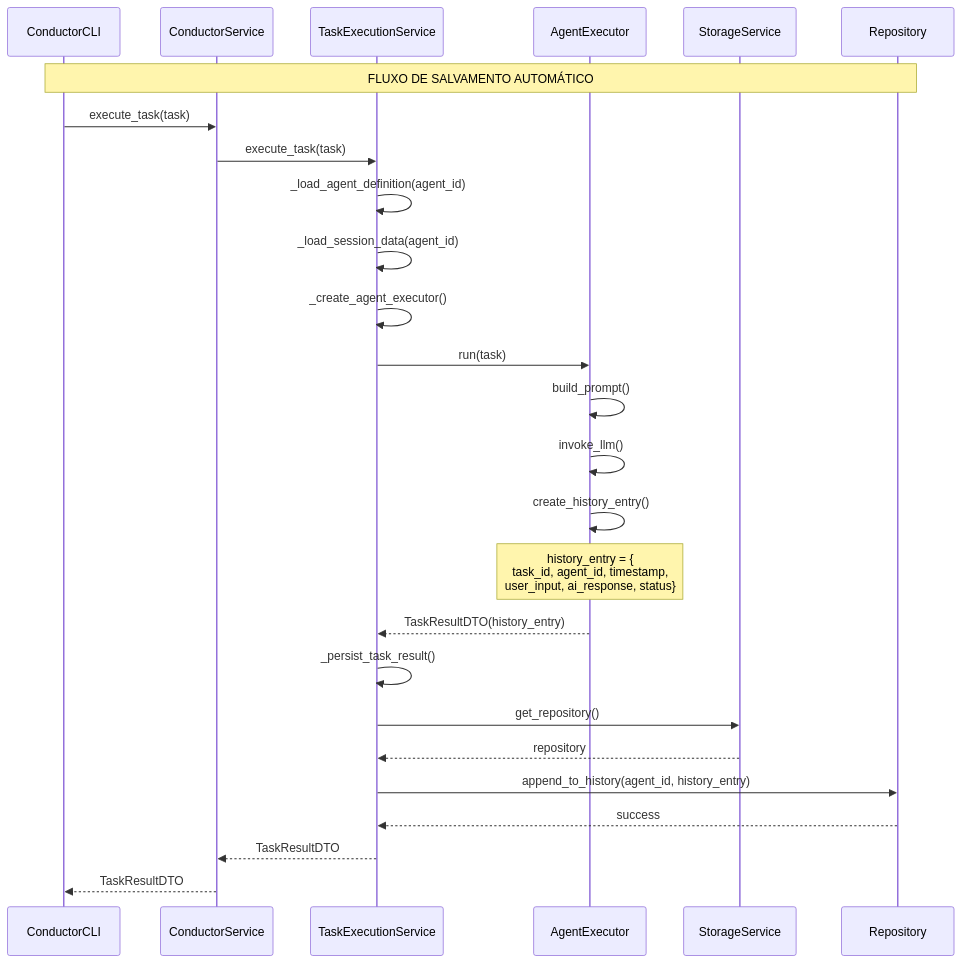
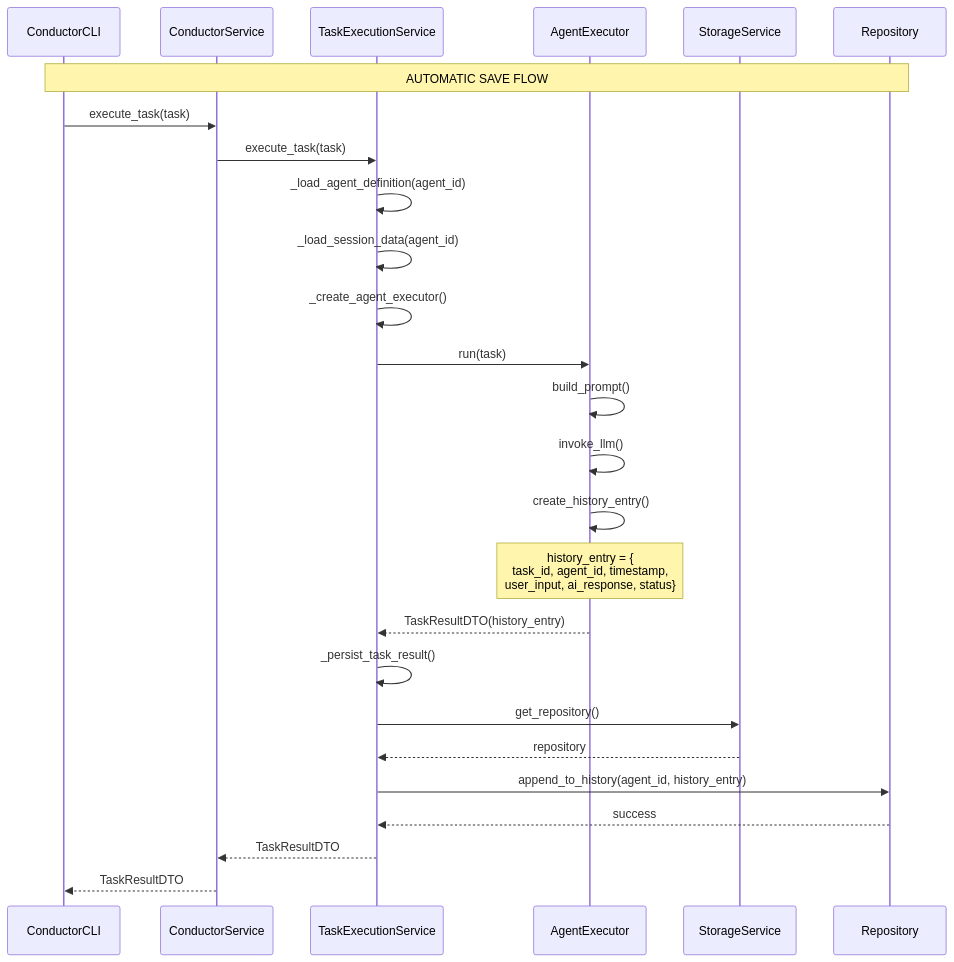
Before and after one commit to primoia/conductor: the first of 3 diagrams in docs/architecture/sequence-diagrams/history-management.md, drawn with Mermaid. The commit also changed other lines of this file and 44 other files, not shown here.

````diff
--- a/docs/architecture/sequence-diagrams/history-management.md
+++ b/docs/architecture/sequence-diagrams/history-management.md
@@ -9,36 +9,36 @@
 ```mermaid
 sequenceDiagram
     participant ConductorCLI
     participant ConductorService
     participant TaskExecutionService
     participant AgentExecutor
     participant StorageService
     participant Repository
 
-    Note over ConductorCLI,Repository: FLUXO DE SALVAMENTO AUTOMÁTICO
+    Note over ConductorCLI,Repository: AUTOMATIC SAVE FLOW
 
     ConductorCLI->>ConductorService: execute_task(task)
     ConductorService->>TaskExecutionService: execute_task(task)
     
     TaskExecutionService->>TaskExecutionService: _load_agent_definition(agent_id)
     TaskExecutionService->>TaskExecutionService: _load_session_data(agent_id)
     TaskExecutionService->>TaskExecutionService: _create_agent_executor()
     
     TaskExecutionService->>AgentExecutor: run(task)
     AgentExecutor->>AgentExecutor: build_prompt()
     AgentExecutor->>AgentExecutor: invoke_llm()
     AgentExecutor->>AgentExecutor: create_history_entry()
     
     Note over AgentExecutor: history_entry = {<br/>task_id, agent_id, timestamp,<br/>user_input, ai_response, status}
     
     AgentExecutor-->>TaskExecutionService: TaskResultDTO(history_entry)
     
     TaskExecutionService->>TaskExecutionService: _persist_task_result()
     TaskExecutionService->>StorageService: get_repository()
     StorageService-->>TaskExecutionService: repository
     TaskExecutionService->>Repository: append_to_history(agent_id, history_entry)
     Repository-->>TaskExecutionService: success
     
     TaskExecutionService-->>ConductorService: TaskResultDTO
     ConductorService-->>ConductorCLI: TaskResultDTO
 ```
````
